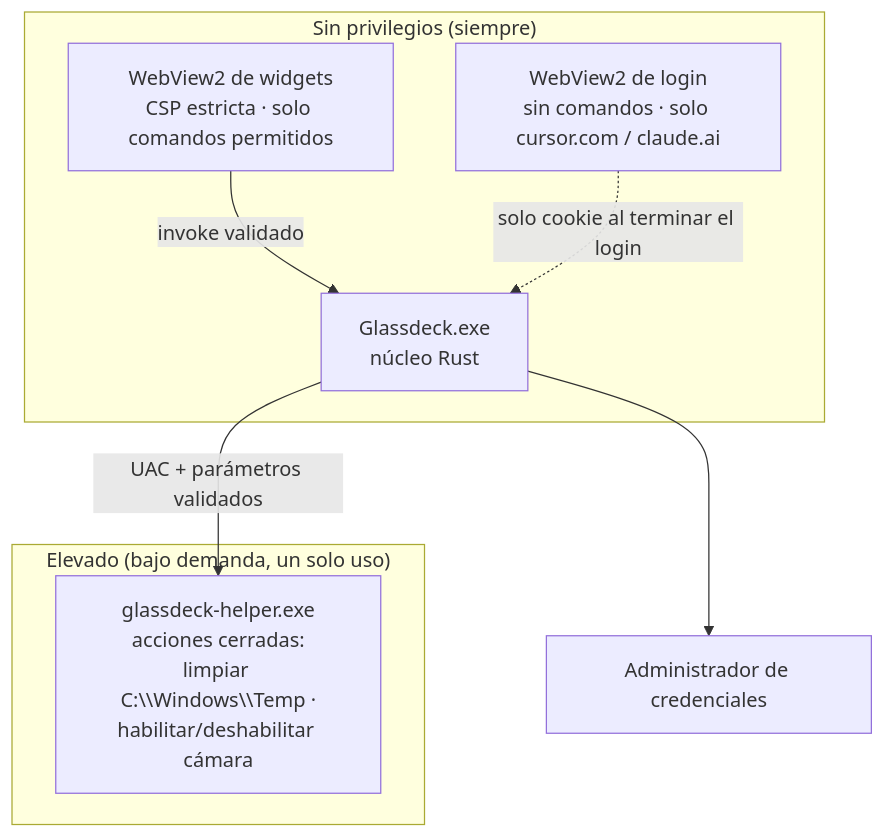
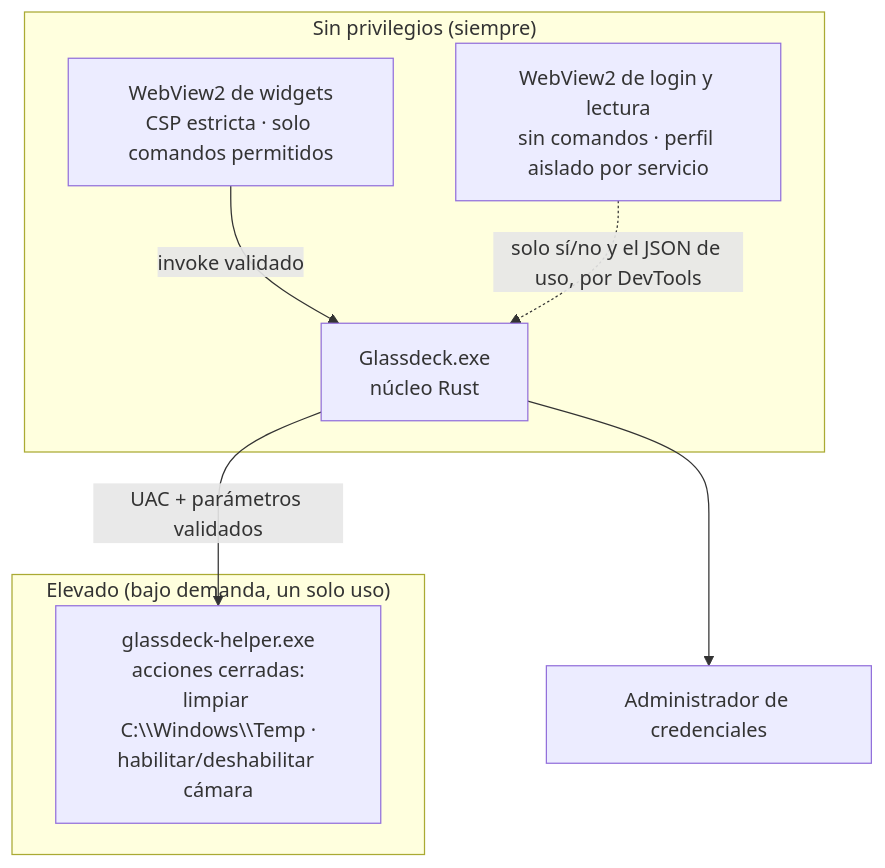
Before and after one commit to lmartinezcorral/glass-deck: the second of 3 diagrams in docs/ARQUITECTURA.md, drawn with Mermaid. The commit also changed other lines of this file and 2 other files, not shown here.

````diff
--- a/docs/ARQUITECTURA.md
+++ b/docs/ARQUITECTURA.md
@@ -174,15 +174,15 @@
 ```mermaid
 flowchart TB
     subgraph Bajo["Sin privilegios (siempre)"]
         APP["Glassdeck.exe<br/>núcleo Rust"]
         WV["WebView2 de widgets<br/>CSP estricta · solo comandos permitidos"]
-        LW["WebView2 de login<br/>sin comandos · solo cursor.com / claude.ai"]
+        LW["WebView2 de login y lectura<br/>sin comandos · perfil aislado por servicio"]
     end
     subgraph Alto["Elevado (bajo demanda, un solo uso)"]
         H["glassdeck-helper.exe<br/>acciones cerradas:<br/>limpiar C:\\Windows\\Temp ·<br/>habilitar/deshabilitar cámara"]
     end
     WV -- "invoke validado" --> APP
-    LW -. "solo cookie al terminar el login" .-> APP
+    LW -. "solo sí/no y el JSON de uso, por DevTools" .-> APP
     APP -- "UAC + parámetros validados" --> H
     APP --> CM["Administrador de credenciales"]
 ```
````
